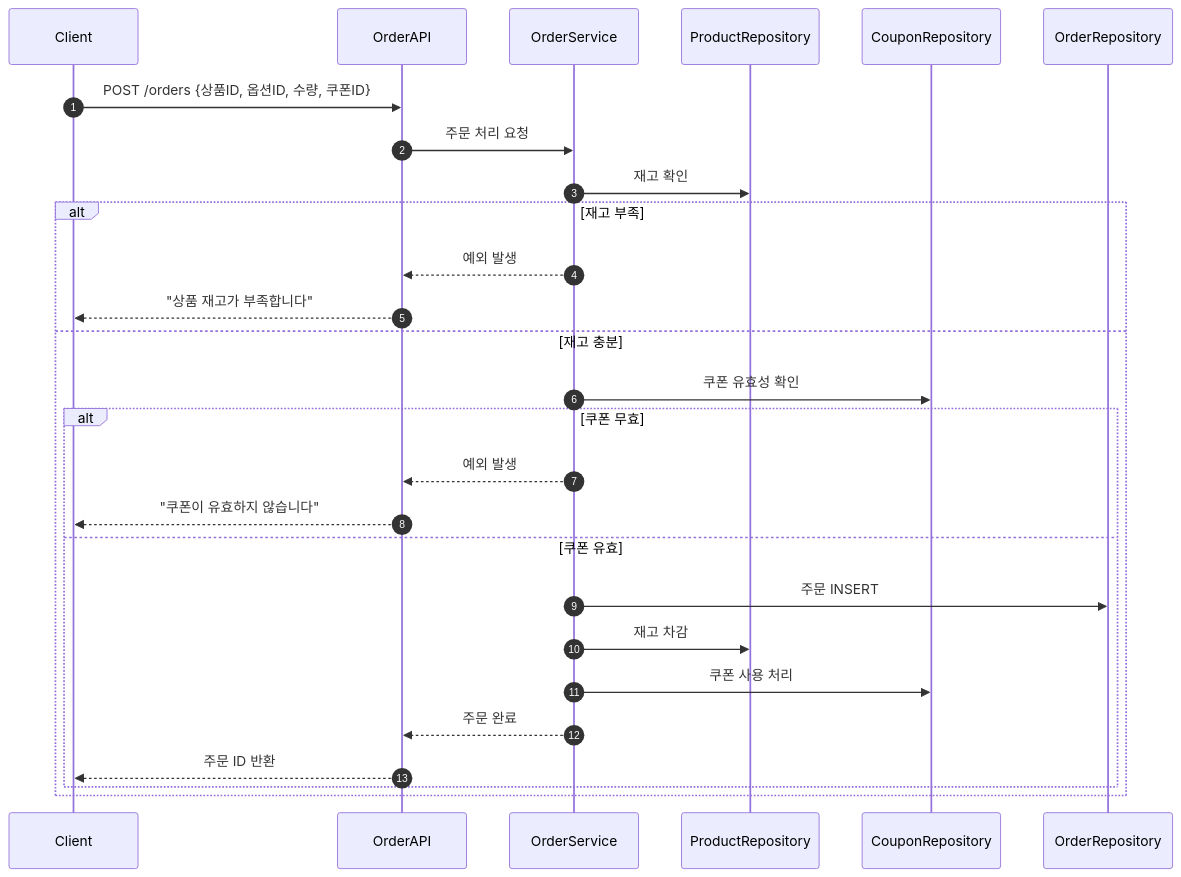
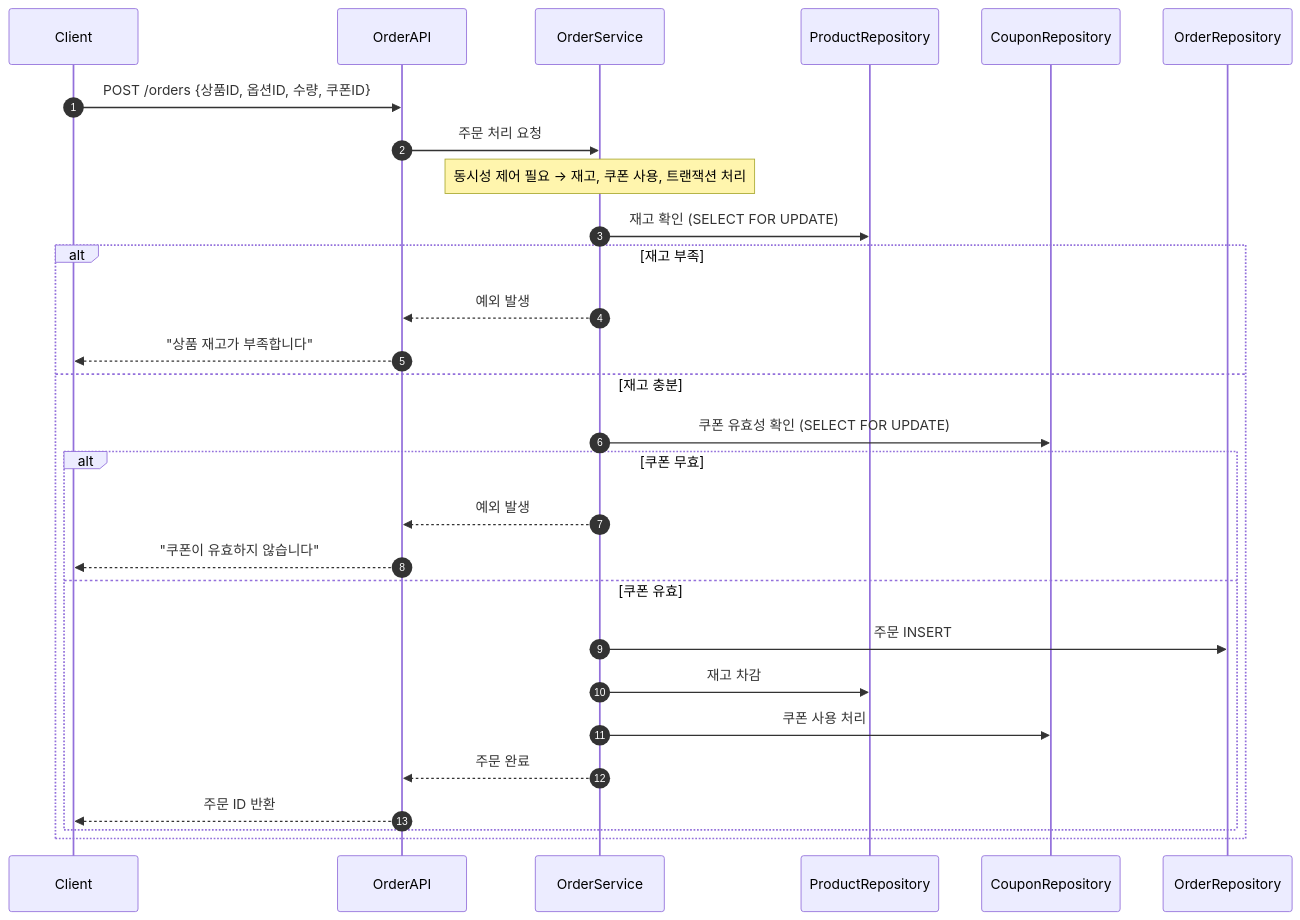
One commit to ehdgus0221/hhplus-ecommerce changed the fifth of 7 diagrams in docs/Sequence.md. Above: the diagram before and after it, drawn with Mermaid. The commit also changed other lines of this file, not shown here.

Commit message:
[DOCS] : 시퀀스 다이어그램 문서 수정 (동시성, 캐시 추가)

````diff
--- a/docs/Sequence.md
+++ b/docs/Sequence.md
@@ -87,24 +89,25 @@
 ```mermaid
 sequenceDiagram
     autonumber
     participant Client
     Client->>OrderAPI: POST /orders {상품ID, 옵션ID, 수량, 쿠폰ID}
     OrderAPI->>OrderService: 주문 처리 요청
-    OrderService->>ProductRepository: 재고 확인
+    Note over OrderService: 동시성 제어 필요 → 재고, 쿠폰 사용, 트랜잭션 처리
+    OrderService->>ProductRepository: 재고 확인 (SELECT FOR UPDATE)
     alt 재고 부족
         OrderService-->>OrderAPI: 예외 발생
         OrderAPI-->>Client: "상품 재고가 부족합니다"
     else 재고 충분
-        OrderService->>CouponRepository: 쿠폰 유효성 확인
+        OrderService->>CouponRepository: 쿠폰 유효성 확인 (SELECT FOR UPDATE)
         alt 쿠폰 무효
             OrderService-->>OrderAPI: 예외 발생
             OrderAPI-->>Client: "쿠폰이 유효하지 않습니다"
         else 쿠폰 유효
             OrderService->>OrderRepository: 주문 INSERT
             OrderService->>ProductRepository: 재고 차감
             OrderService->>CouponRepository: 쿠폰 사용 처리
             OrderService-->>OrderAPI: 주문 완료
             OrderAPI-->>Client: 주문 ID 반환
         end
     end
 ```
````
